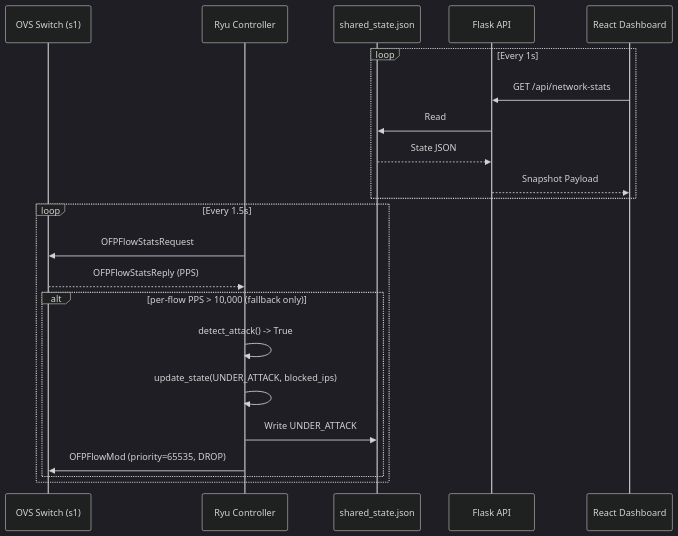
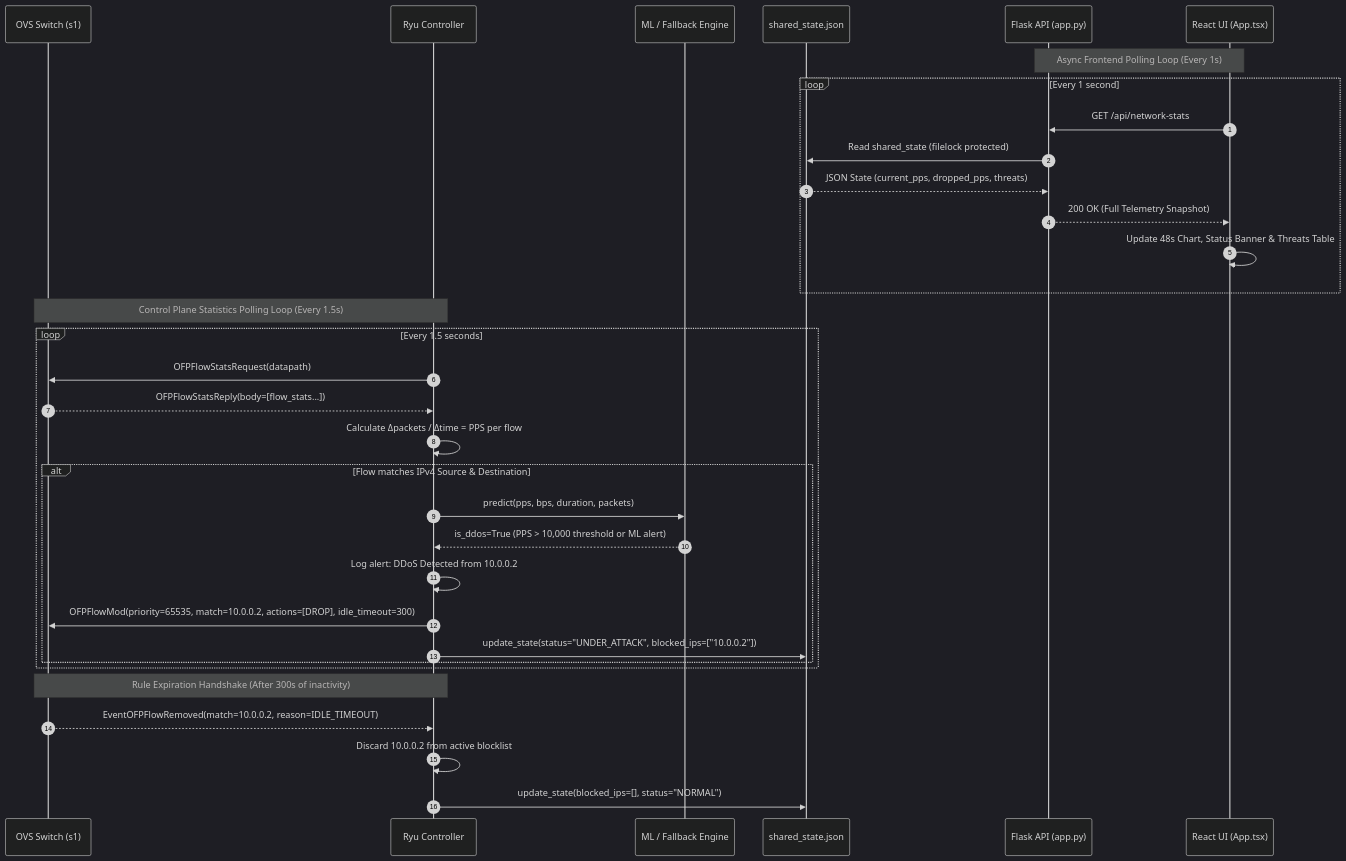
One commit to botvecna47/SDN-Based-DDoS-Mitigation changed the second of 6 diagrams in docs/ARCHITECTURE.md. Above: the diagram before and after it, drawn with Mermaid (dark theme). The commit also changed other lines of this file and 45 other files, not shown here.

````diff
--- a/docs/ARCHITECTURE.md
+++ b/docs/ARCHITECTURE.md
@@ -42,26 +63,39 @@
 ```mermaid
 sequenceDiagram
+    autonumber
     participant S as OVS Switch (s1)
     participant R as Ryu Controller
+    participant M as ML / Fallback Engine
     participant SS as shared_state.json
-    participant F as Flask API
-    participant UI as React Dashboard
+    participant F as Flask API (app.py)
+    participant UI as React UI (App.tsx)
 
-    loop Every 1s
+    Note over F,UI: Async Frontend Polling Loop (Every 1s)
+    loop Every 1 second
         UI->>F: GET /api/network-stats
-        F->>SS: Read
-        SS-->>F: State JSON
-        F-->>UI: Snapshot Payload
+        F->>SS: Read shared_state (filelock protected)
+        SS-->>F: JSON State (current_pps, dropped_pps, threats)
+        F-->>UI: 200 OK (Full Telemetry Snapshot)
+        UI->>UI: Update 48s Chart, Status Banner & Threats Table
     end
 
-    loop Every 1.5s
-        R->>S: OFPFlowStatsRequest
-        S-->>R: OFPFlowStatsReply (PPS)
-        alt per-flow PPS > 10,000 (fallback only)
-            R->>R: detect_attack() -> True
-            R->>R: update_state(UNDER_ATTACK, blocked_ips)
-            R->>SS: Write UNDER_ATTACK
-            R->>S: OFPFlowMod (priority=65535, DROP)
+    Note over S,R: Control Plane Statistics Polling Loop (Every 1.5s)
+    loop Every 1.5 seconds
+        R->>S: OFPFlowStatsRequest(datapath)
+        S-->>R: OFPFlowStatsReply(body=[flow_stats...])
+        R->>R: Calculate Δpackets / Δtime = PPS per flow
+        
+        alt Flow matches IPv4 Source & Destination
+            R->>M: predict(pps, bps, duration, packets)
+            M-->>R: is_ddos=True (PPS > 10,000 threshold or ML alert)
+            R->>R: Log alert: DDoS Detected from 10.0.0.2
+            R->>S: OFPFlowMod(priority=65535, match=10.0.0.2, actions=[DROP], idle_timeout=300)
+            R->>SS: update_state(status="UNDER_ATTACK", blocked_ips=["10.0.0.2"])
         end
     end
+
+    Note over S,R: Rule Expiration Handshake (After 300s of inactivity)
+    S-->>R: EventOFPFlowRemoved(match=10.0.0.2, reason=IDLE_TIMEOUT)
+    R->>R: Discard 10.0.0.2 from active blocklist
+    R->>SS: update_state(blocked_ips=[], status="NORMAL")
 ```
````
